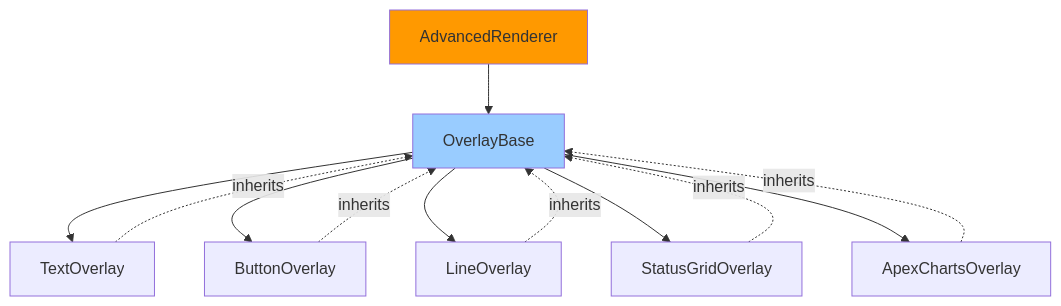
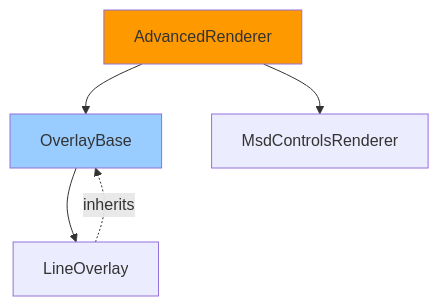
Before and after one commit to solhuebner/lcards: the second of 5 diagrams in doc/architecture/subsystems/advanced-renderer.md, drawn with Mermaid. The commit also changed other lines of this file and 6 other files, not shown here.

First line of the commit message:
Update core documentation files to reflect architecture refactor

````diff
--- a/doc/architecture/subsystems/advanced-renderer.md
+++ b/doc/architecture/subsystems/advanced-renderer.md
@@ -112,21 +102,14 @@
 ```mermaid
 graph TD
     AR[AdvancedRenderer]
 
     AR --> OB[OverlayBase]
+    AR --> MCR[MsdControlsRenderer]
 
-    OB --> TO[TextOverlay]
-    OB --> BO[ButtonOverlay]
     OB --> LO[LineOverlay]
-    OB --> SG[StatusGridOverlay]
-    OB --> AC[ApexChartsOverlay]
 
-    TO -.inherits.-> OB
-    BO -.inherits.-> OB
     LO -.inherits.-> OB
-    SG -.inherits.-> OB
-    AC -.inherits.-> OB
 
     style AR fill:#ff9900
     style OB fill:#99ccff
 ```
````
